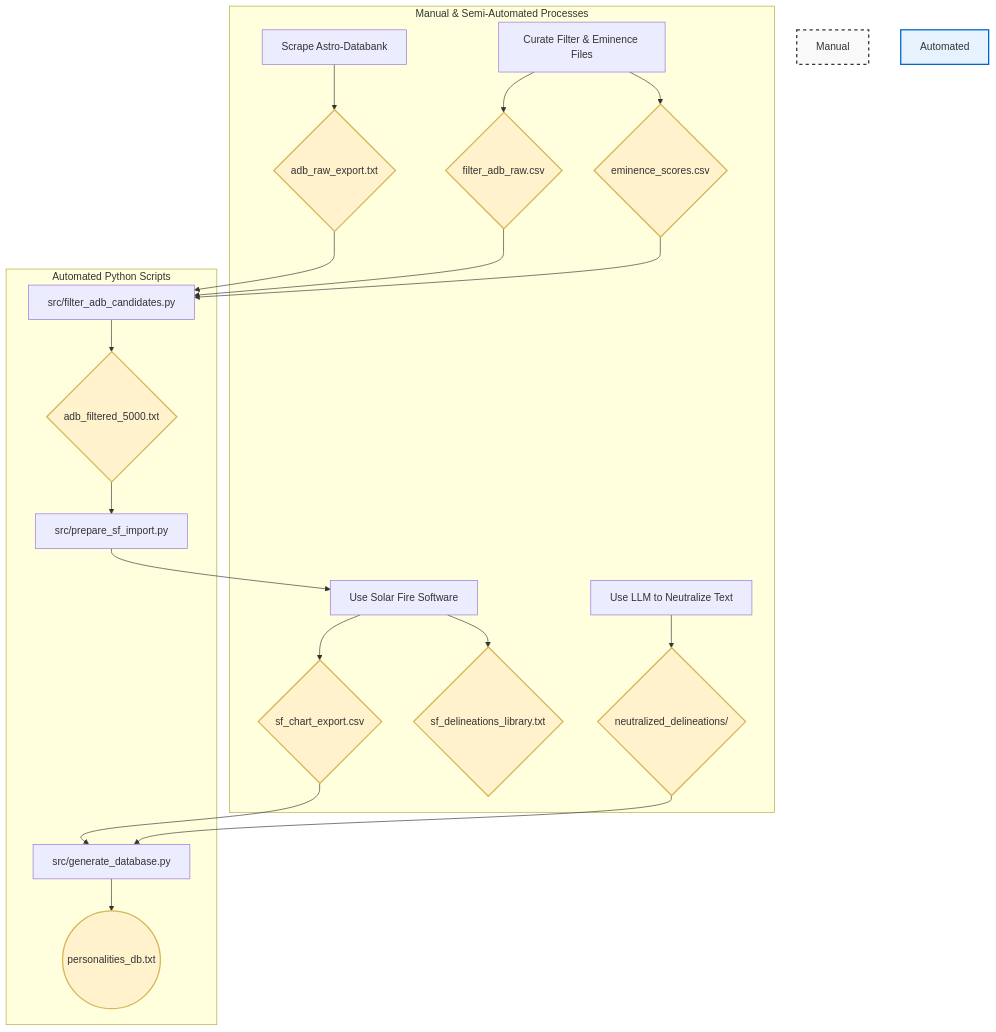
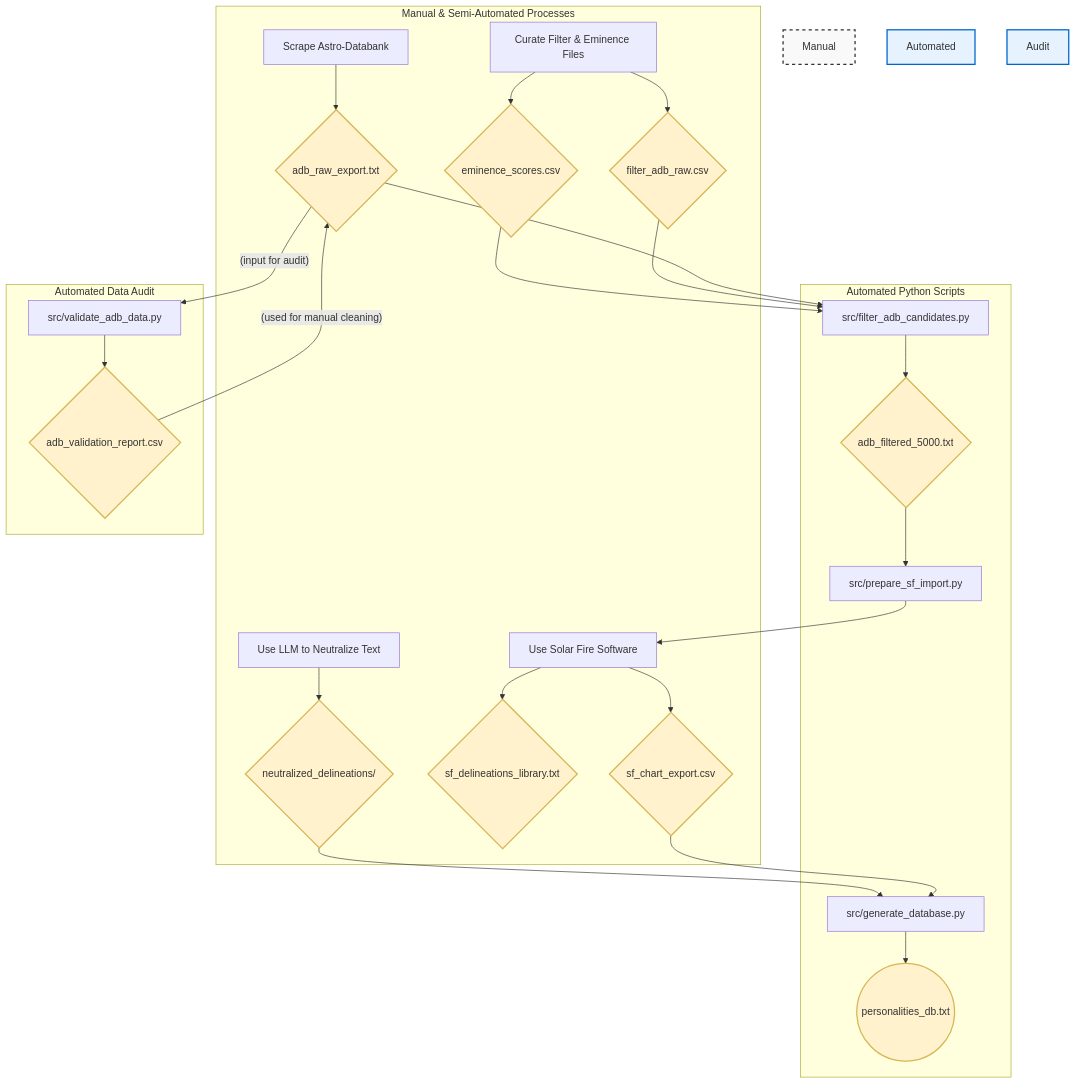
Before and after one commit to peterjmarko/llm-narrative-framework: the diagram in docs/diagrams/flow_prep_pipeline.mmd, drawn with Mermaid. The commit also changed 19 other files, not shown here.

```diff
--- a/docs/diagrams/flow_prep_pipeline.mmd
+++ b/docs/diagrams/flow_prep_pipeline.mmd
@@ -1,27 +1,35 @@
 graph TD
     subgraph "Manual & Semi-Automated Processes"
         style Manual fill:#f9f9f9,stroke:#333,stroke-width:2px,stroke-dasharray: 5 5
         A[Scrape Astro-Databank] --> B{adb_raw_export.txt};
         C[Curate Filter & Eminence Files] --> D{filter_adb_raw.csv};
         C --> E{eminence_scores.csv};
         I[Use Solar Fire Software] --> J{sf_chart_export.csv};
         I --> K{sf_delineations_library.txt};
         L[Use LLM to Neutralize Text] --> M{neutralized_delineations/};
     end
 
     subgraph "Automated Python Scripts"
         style Automated fill:#e6f3ff,stroke:#0066cc,stroke-width:2px
         F[src/filter_adb_candidates.py] --> G{adb_filtered_5000.txt};
         H[src/prepare_sf_import.py] --> I;
         N[src/generate_database.py] --> O((personalities_db.txt));
     end
 
+    subgraph "Automated Data Audit"
+        style Audit fill:#e6f3ff,stroke:#0066cc,stroke-width:2px
+        P[src/validate_adb_data.py] --> Q{adb_validation_report.csv}
+    end
+
+    B -- "(input for audit)" --> P
+    Q -- "(used for manual cleaning)" --> B
+
     B --> F;
     D --> F;
     E --> F;
     G --> H;
     J --> N;
     M --> N;
 
     classDef data fill:#fff2cc,stroke:#d6b656,stroke-width:2px;
-    class B,D,E,G,J,K,M,O data;
+    class B,D,E,G,J,K,M,O,Q data;
```
